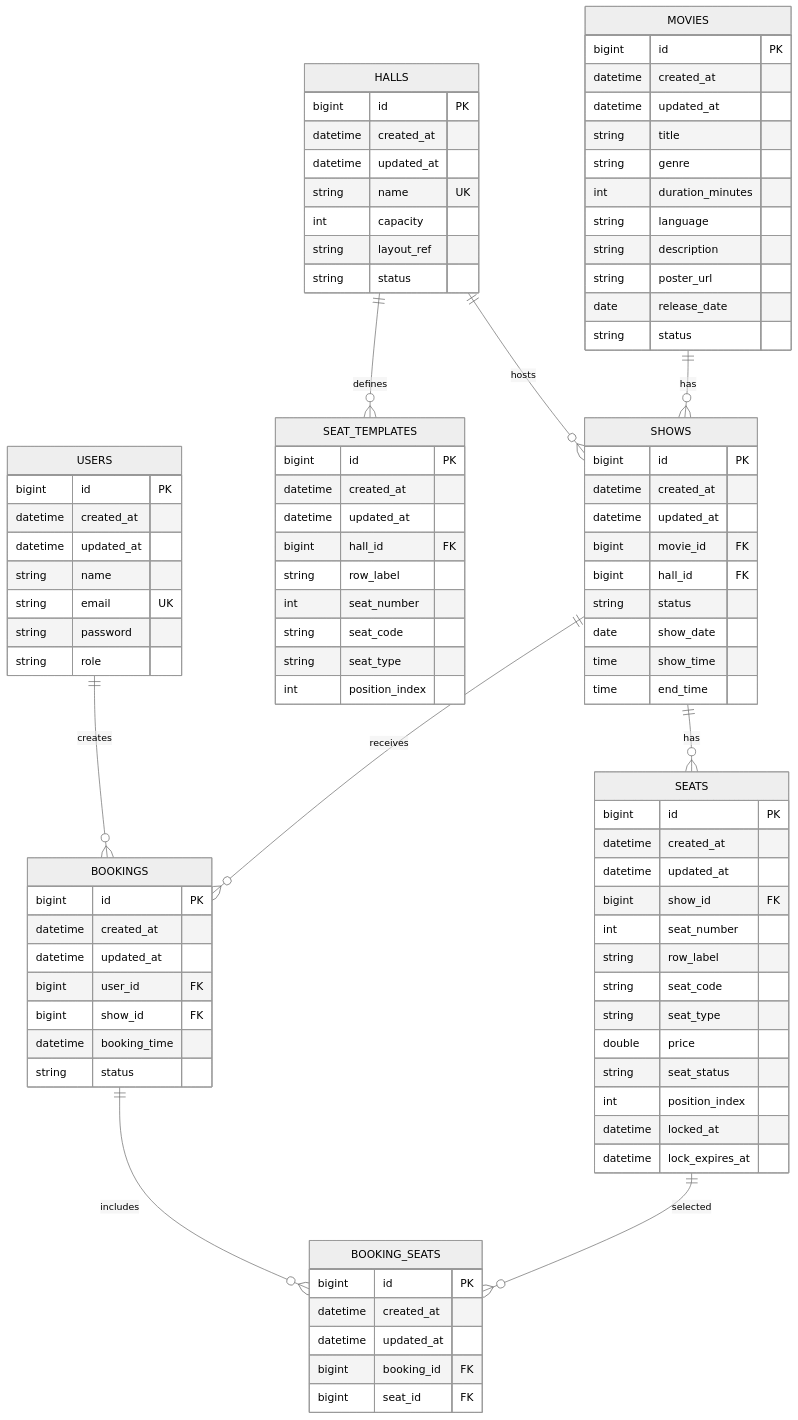
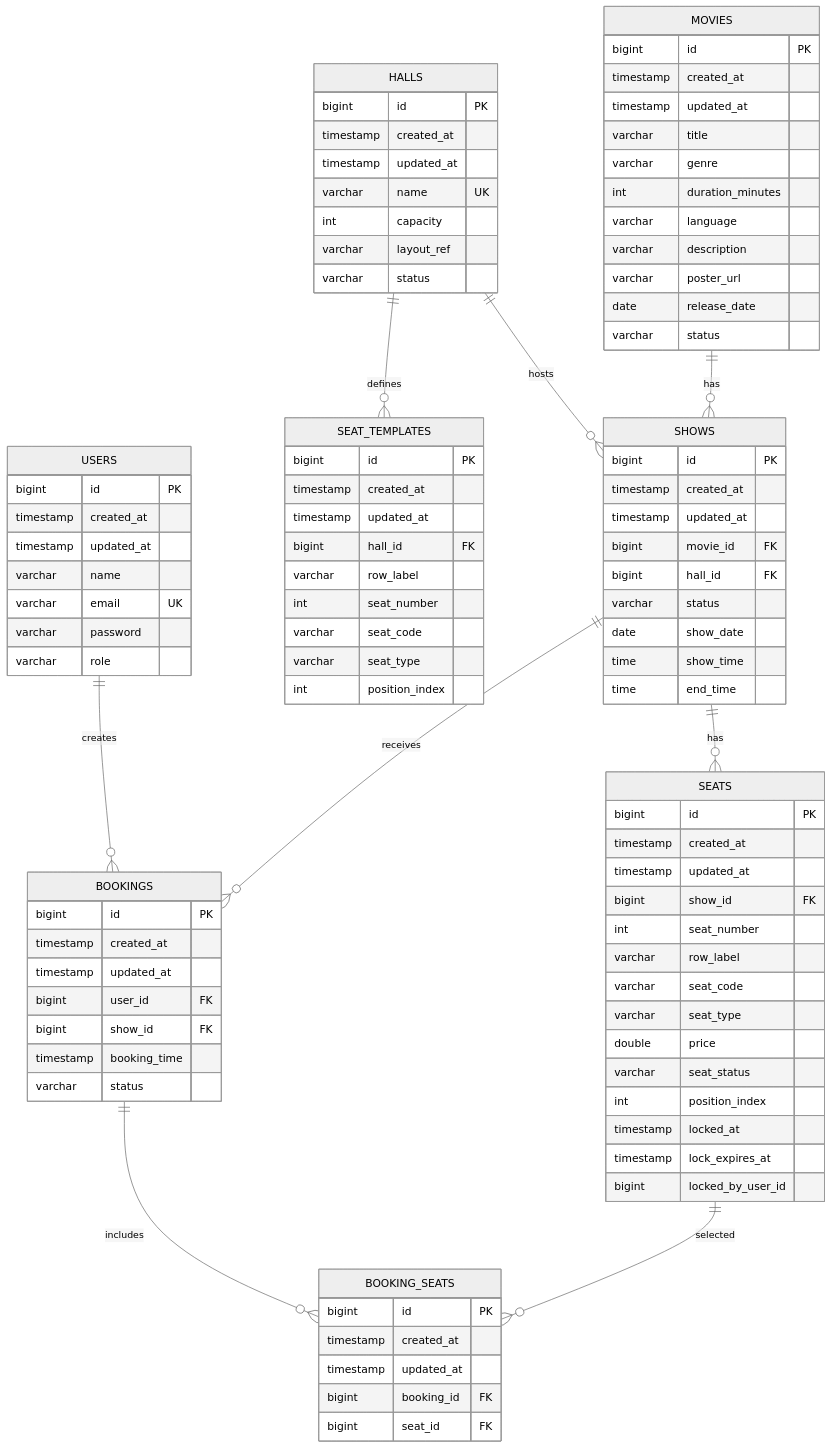
One commit to yuneshbyte01/hamro-chalchitraghar-backend changed the diagram in docs/DATABASE.md. Above: the diagram before and after it, drawn with Mermaid (neutral theme). The commit also changed other lines of this file and 12 other files, not shown here.

```diff
--- a/docs/DATABASE.md
+++ b/docs/DATABASE.md
@@ -26,57 +57,57 @@
 erDiagram
     USERS {
         bigint id PK
-        datetime created_at
-        datetime updated_at
-        string name
-        string email UK
-        string password
-        string role
+        timestamp created_at
+        timestamp updated_at
+        varchar name
+        varchar email UK
+        varchar password
+        varchar role
     }
 
     MOVIES {
         bigint id PK
-        datetime created_at
-        datetime updated_at
-        string title
-        string genre
+        timestamp created_at
+        timestamp updated_at
+        varchar title
+        varchar genre
         int duration_minutes
-        string language
-        string description
-        string poster_url
+        varchar language
+        varchar description
+        varchar poster_url
         date release_date
-        string status
+        varchar status
     }
 
     HALLS {
         bigint id PK
-        datetime created_at
-        datetime updated_at
-        string name UK
+        timestamp created_at
+        timestamp updated_at
+        varchar name UK
         int capacity
-        string layout_ref
-        string status
+        varchar layout_ref
+        varchar status
     }
 
     SEAT_TEMPLATES {
         bigint id PK
-        datetime created_at
-        datetime updated_at
+        timestamp created_at
+        timestamp updated_at
         bigint hall_id FK
-        string row_label
+        varchar row_label
         int seat_number
-        string seat_code
-        string seat_type
+        varchar seat_code
+        varchar seat_type
         int position_index
     }
 
     SHOWS {
         bigint id PK
-        datetime created_at
-        datetime updated_at
+        timestamp created_at
+        timestamp updated_at
         bigint movie_id FK
         bigint hall_id FK
-        string status
+        varchar status
         date show_date
         time show_time
         time end_time
@@ -84,34 +115,35 @@
 
     SEATS {
         bigint id PK
-        datetime created_at
-        datetime updated_at
+        timestamp created_at
+        timestamp updated_at
         bigint show_id FK
         int seat_number
-        string row_label
-        string seat_code
-        string seat_type
+        varchar row_label
+        varchar seat_code
+        varchar seat_type
         double price
-        string seat_status
+        varchar seat_status
         int position_index
-        datetime locked_at
-        datetime lock_expires_at
+        timestamp locked_at
+        timestamp lock_expires_at
+        bigint locked_by_user_id
     }
 
     BOOKINGS {
         bigint id PK
-        datetime created_at
-        datetime updated_at
+        timestamp created_at
+        timestamp updated_at
         bigint user_id FK
         bigint show_id FK
-        datetime booking_time
-        string status
+        timestamp booking_time
+        varchar status
     }
 
     BOOKING_SEATS {
         bigint id PK
-        datetime created_at
-        datetime updated_at
+        timestamp created_at
+        timestamp updated_at
         bigint booking_id FK
         bigint seat_id FK
     }
```
